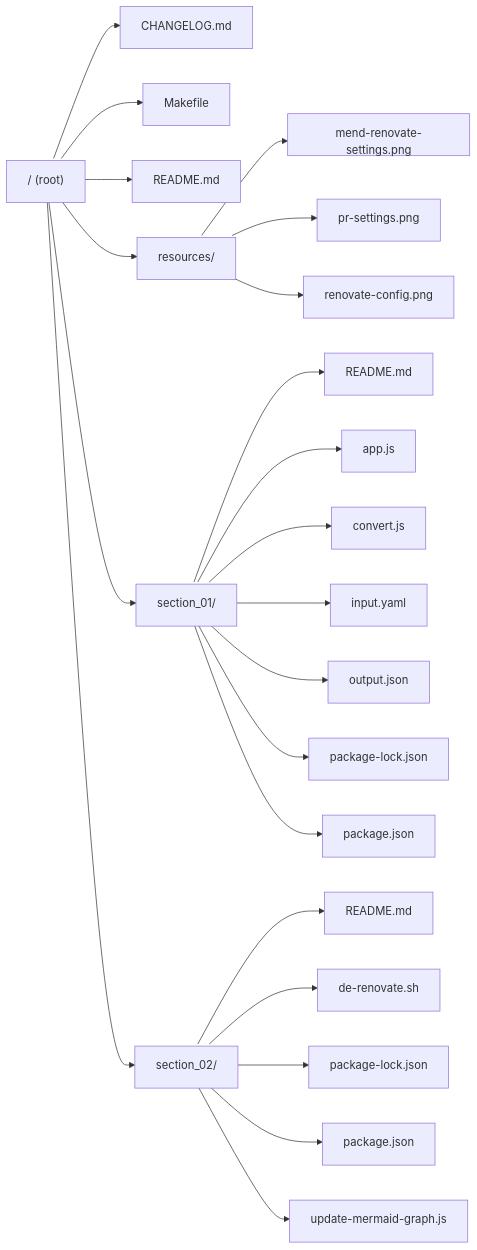
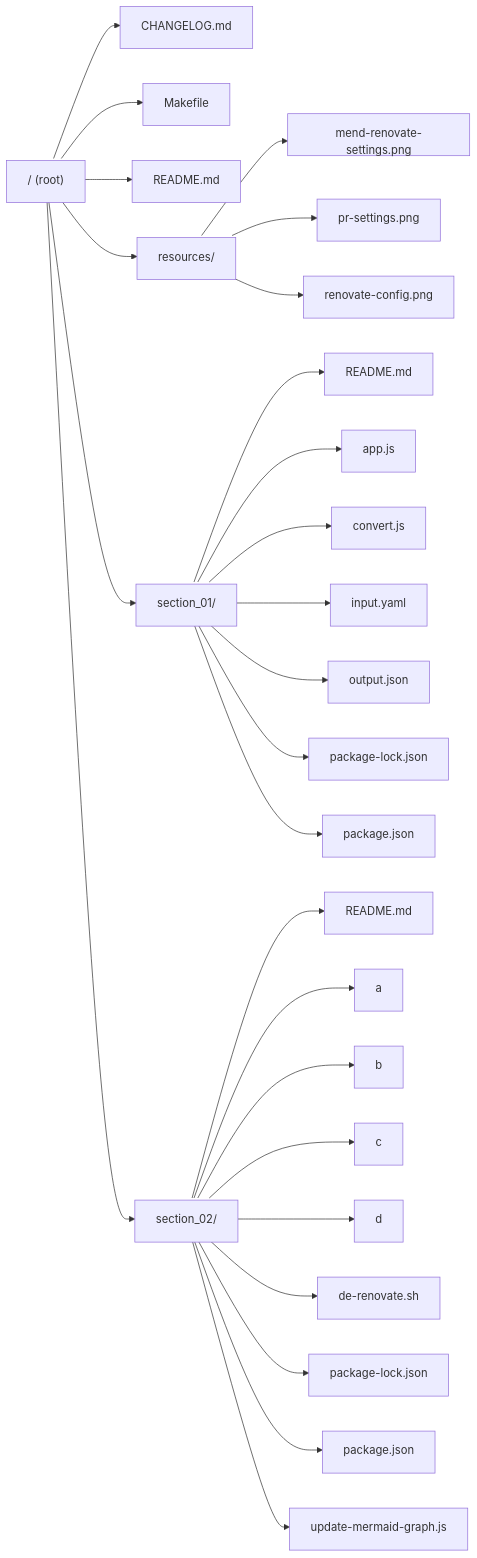
One commit to allenhub-net/The--Complete--Github--Actions--and--Workflows--Guide changed the diagram in README.md. Above: the diagram before and after it, drawn with Mermaid.

Commit message:
chore: update Mermaid graph in README.md

````diff
--- a/README.md
+++ b/README.md
@@ -99,29 +99,33 @@
 ```mermaid
 
 %% Repository Structure
 graph LR;
     %% Double vertical spacing
     classDef doubledSpacing height:60px;
     ROOT["/ (root)"]:::doubledSpacing
     ROOT --> ._CHANGELOGMD["CHANGELOG.md"]:::doubledSpacing
     ROOT --> ._MAKEFILE["Makefile"]:::doubledSpacing
     ROOT --> ._READMEMD["README.md"]:::doubledSpacing
     ROOT --> ._RESOURCES["resources/"]:::doubledSpacing
     ._RESOURCES --> .RESOURCES_MENDRENOVATESETTINGSPNG["mend-renovate-settings.png"]:::doubledSpacing
     ._RESOURCES --> .RESOURCES_PRSETTINGSPNG["pr-settings.png"]:::doubledSpacing
     ._RESOURCES --> .RESOURCES_RENOVATECONFIGPNG["renovate-config.png"]:::doubledSpacing
     ROOT --> ._SECTION_01["section_01/"]:::doubledSpacing
     ._SECTION_01 --> .SECTION_01_READMEMD["README.md"]:::doubledSpacing
     ._SECTION_01 --> .SECTION_01_APPJS["app.js"]:::doubledSpacing
     ._SECTION_01 --> .SECTION_01_CONVERTJS["convert.js"]:::doubledSpacing
     ._SECTION_01 --> .SECTION_01_INPUTYAML["input.yaml"]:::doubledSpacing
     ._SECTION_01 --> .SECTION_01_OUTPUTJSON["output.json"]:::doubledSpacing
     ._SECTION_01 --> .SECTION_01_PACKAGELOCKJSON["package-lock.json"]:::doubledSpacing
     ._SECTION_01 --> .SECTION_01_PACKAGEJSON["package.json"]:::doubledSpacing
     ROOT --> ._SECTION_02["section_02/"]:::doubledSpacing
     ._SECTION_02 --> .SECTION_02_READMEMD["README.md"]:::doubledSpacing
+    ._SECTION_02 --> .SECTION_02_A["a"]:::doubledSpacing
+    ._SECTION_02 --> .SECTION_02_B["b"]:::doubledSpacing
+    ._SECTION_02 --> .SECTION_02_C["c"]:::doubledSpacing
+    ._SECTION_02 --> .SECTION_02_D["d"]:::doubledSpacing
     ._SECTION_02 --> .SECTION_02_DERENOVATESH["de-renovate.sh"]:::doubledSpacing
     ._SECTION_02 --> .SECTION_02_PACKAGELOCKJSON["package-lock.json"]:::doubledSpacing
     ._SECTION_02 --> .SECTION_02_PACKAGEJSON["package.json"]:::doubledSpacing
     ._SECTION_02 --> .SECTION_02_UPDATEMERMAIDGRAPHJS["update-mermaid-graph.js"]:::doubledSpacing
 ```
````
